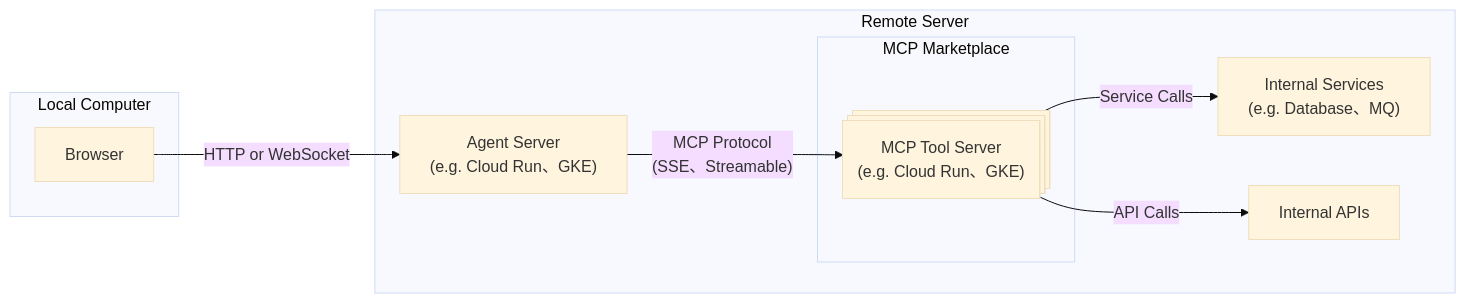
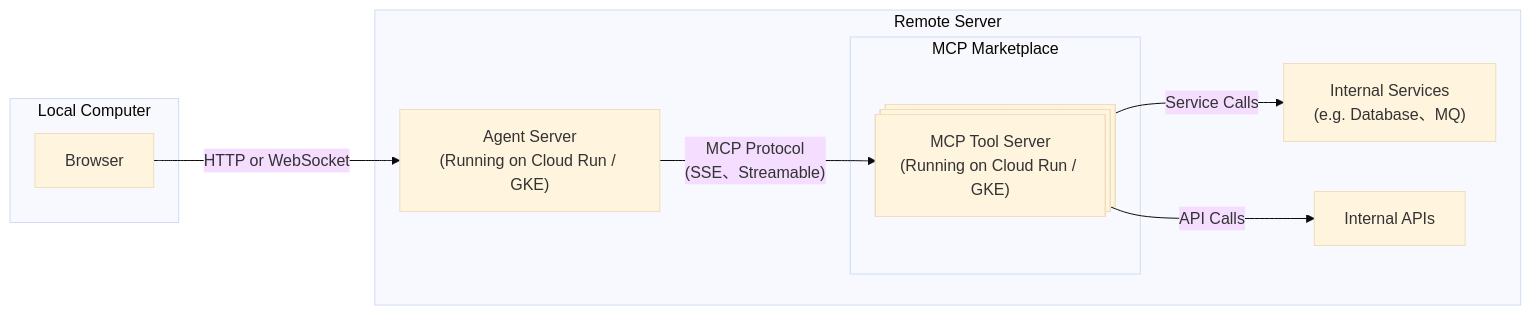
Before and after one commit to PinXian53/python-mcp-server: the diagram in README.md, drawn with Mermaid.

Commit message:
Clarify deployment examples in README flowchart diagram

````diff
--- a/README.md
+++ b/README.md
@@ -30,26 +30,26 @@
 ```mermaid
 ---
 config:
   theme: base
 ---
 flowchart LR
     subgraph L["Local Computer"]
         U["Browser"]
     end
     subgraph MM["MCP Marketplace"]
-        M["MCP Tool Server<br>(e.g. Cloud Run、GKE)"]
+        M["MCP Tool Server<br>(Running on Cloud Run / GKE)"]
     end
     subgraph R["Remote Server"]
-        A["Agent Server<br>(e.g. Cloud Run、GKE)"]
+        A["Agent Server<br>(Running on Cloud Run / GKE)"]
         MM
         IS["Internal Services<br>(e.g. Database、MQ)"]
         IA["Internal APIs"]
     end
     U -- HTTP or WebSocket --> A
     A -- MCP Protocol<br>(SSE、Streamable) --> M
 M -- Service Calls --> IS
 M -- API Calls --> IA
 
 M@{ shape: procs}
 
 ```
````
